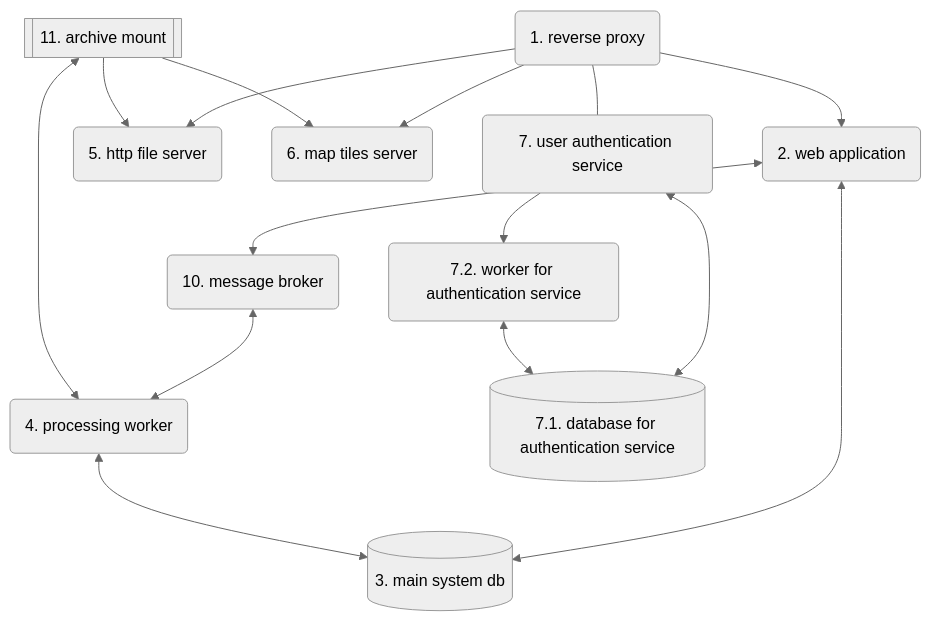
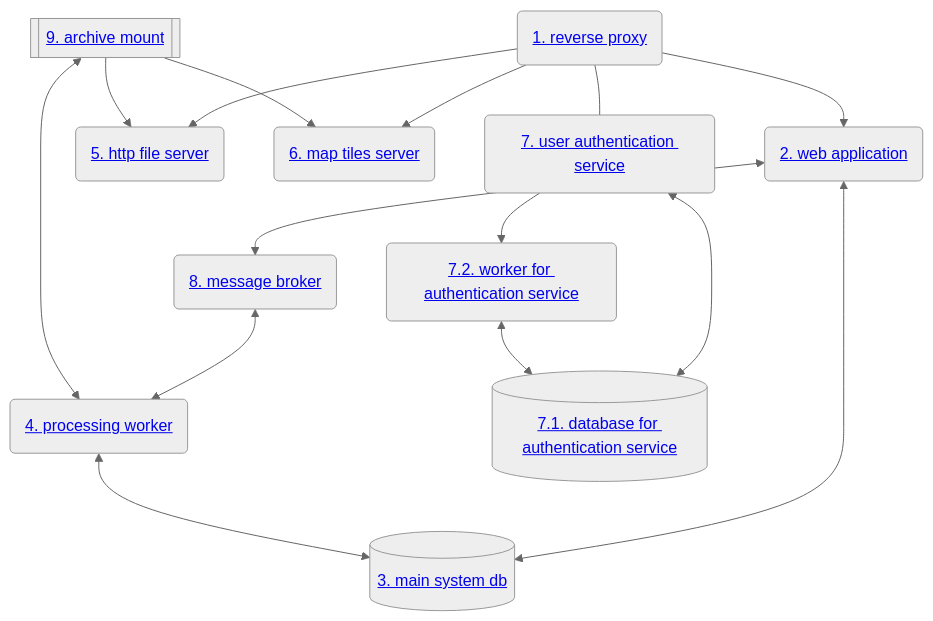
Before and after one commit to NaturalGIS/seis-lab-data: the diagram in docs/admin-guide.pt.md, drawn with Mermaid (neutral theme). The commit also changed other lines of this file and 4 other files, not shown here.

````diff
--- a/docs/admin-guide.pt.md
+++ b/docs/admin-guide.pt.md
@@ -22,28 +23,28 @@
 ```mermaid
 graph TD
-    rev-proxy(1. reverse proxy)
-    webapp(2. web application)
-    db[(3. main system db)]
-    proc-worker(4. processing worker)
-    file-server(5. http file server)
-    tile-server(6. map tiles server)
-    auth-webapp(7. user authentication service)
-    auth-db[(7.1. database for authentication service)]
-    auth-worker(7.2. worker for authentication service)
-    message-broker(10. message broker)
-    arch[[11. archive mount]]
+    rev-proxy(<a href="#1-servico-reverse-proxy">1. reverse proxy</a>)
+    webapp(<a href="#2-servico-web-application">2. web application</a>)
+    db[(<a href="#3-servico-main-system-db">3. main system db</a>)]
+    proc-worker(<a href="#4-servico-processing-worker">4. processing worker</a>)
+    file-server(<a href="#5-servico-http-file-server">5. http file server</a>)
+    tile-server(<a href="#6-servico-map-tiles-server">6. map tiles server</a>)
+    auth-webapp(<a href="#7-servico-user-authentication-service">7. user authentication service</a>)
+    auth-db[(<a href="#71-servico-database-for-authentication-service">7.1. database for authentication service</a>)]
+    auth-worker(<a href="#72-servico-worker-for-authentication-service">7.2. worker for authentication service</a>)
+    message-broker(<a href="#8-servico-message-broker">8. message broker</a>)
+    arch[[<a href="#9-servico-archive-mount">9. archive mount</a>]]
     rev-proxy --> webapp
     rev-proxy --> file-server
     rev-proxy --> tile-server
     rev-proxy --- auth-webapp
     auth-webapp <--> auth-db
     auth-webapp --> auth-worker
     auth-worker <--> auth-db
     webapp <--> db
     proc-worker <--> db
     webapp <--> message-broker
     message-broker <--> proc-worker
     arch --> file-server
     arch --> tile-server
     arch <--> proc-worker
 ```
````
